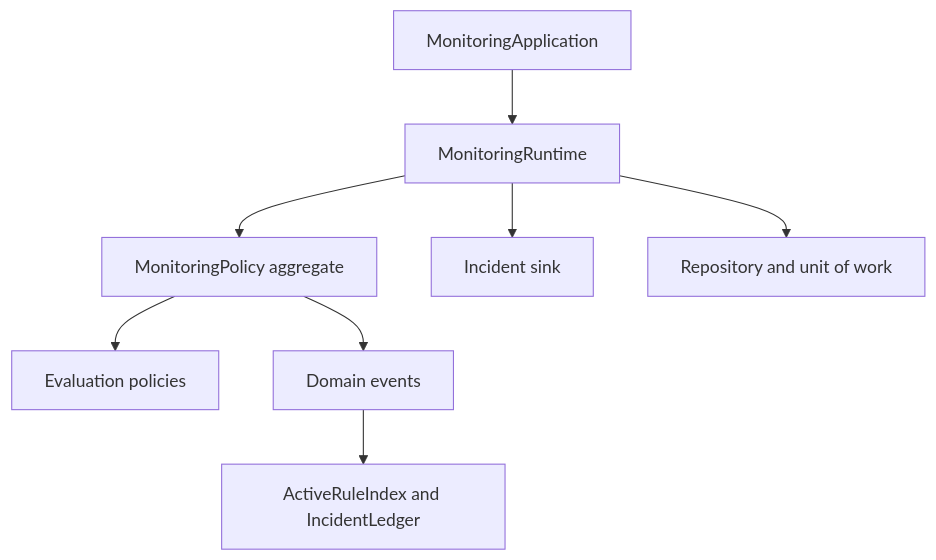
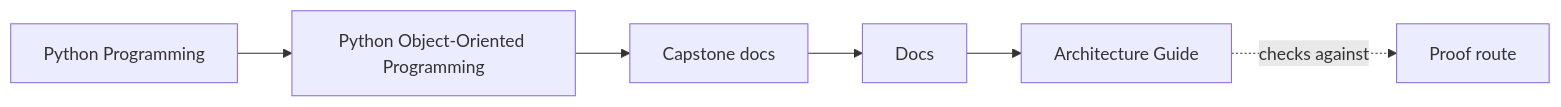
One commit to bijux/bijux-masterclass changed the first of 2 diagrams in programs/python-programming/python-object-oriented-programming/capstone/docs/architecture.md. Above: the diagram before and after it, drawn with Mermaid. The commit also changed other lines of this file and 103 other files, not shown here.

Commit message:
docs(python-object-oriented-programming): map sustainment and capstone surfaces

````diff
--- a/programs/python-programming/python-object-oriented-programming/capstone/docs/architecture.md
+++ b/programs/python-programming/python-object-oriented-programming/capstone/docs/architecture.md
@@ -7,10 +7,12 @@
 ```mermaid
-graph TD
-  app["MonitoringApplication"] --> runtime["MonitoringRuntime"]
-  runtime --> aggregate["MonitoringPolicy aggregate"]
-  aggregate --> policies["Evaluation policies"]
-  aggregate --> events["Domain events"]
-  events --> projections["ActiveRuleIndex and IncidentLedger"]
-  runtime --> sink["Incident sink"]
-  runtime --> repo["Repository and unit of work"]
+graph LR
+  family["Python Programming"]
+  program["Python Object-Oriented Programming"]
+  guide["Capstone docs"]
+  section["Docs"]
+  page["Architecture Guide"]
+  proof["Proof route"]
+
+  family --> program --> guide --> section --> page
+  page -.checks against.-> proof
 ```
````
